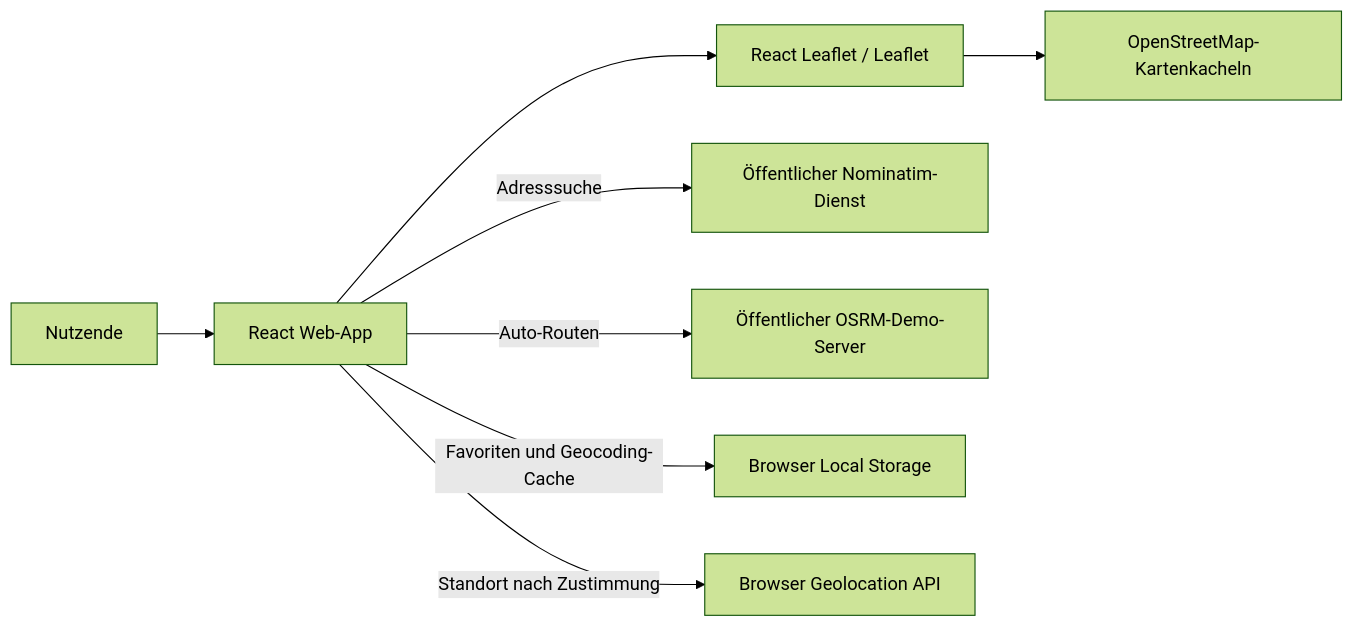
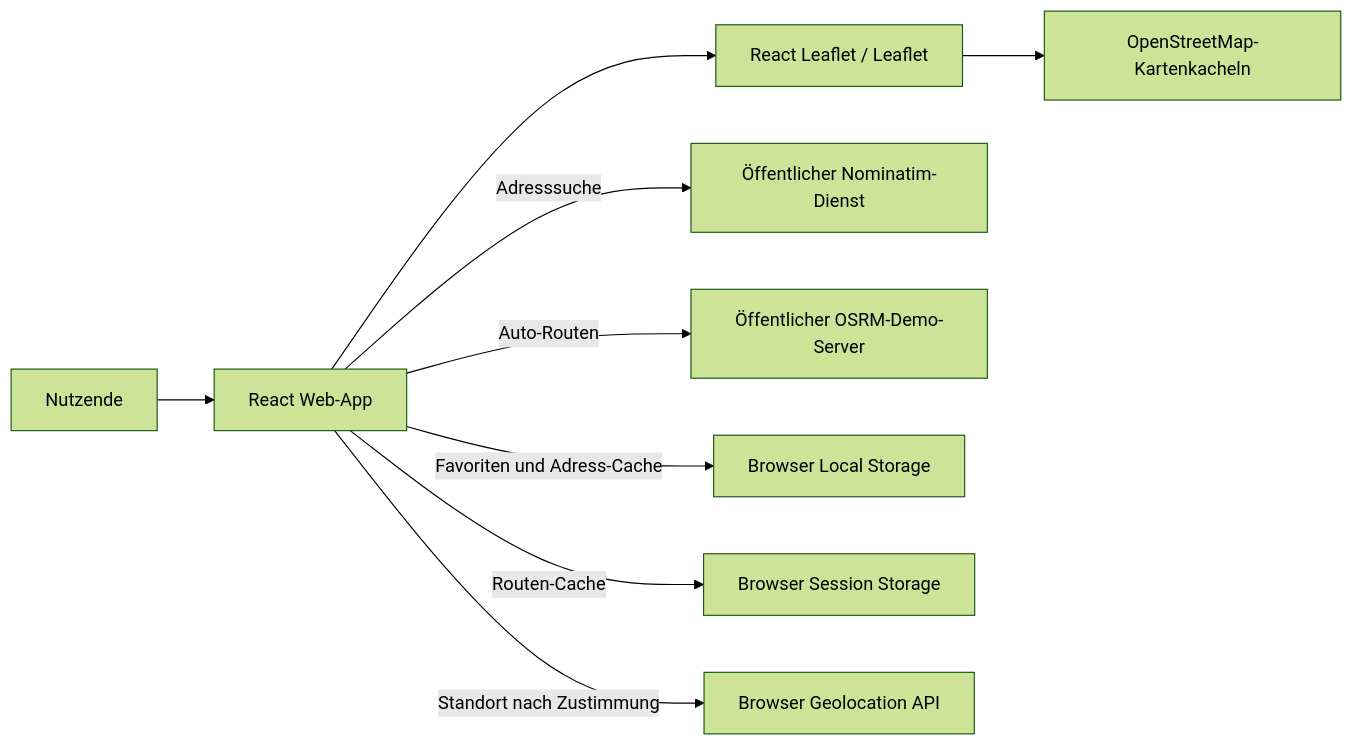
One commit to Kirito-1345/CivixX changed the diagram in KNOWLEDGE_MAP.md. Above: the diagram before and after it, drawn with Mermaid (forest theme). The commit also changed other lines of this file, not shown here.

````diff
--- a/KNOWLEDGE_MAP.md
+++ b/KNOWLEDGE_MAP.md
@@ -9,10 +9,11 @@
 ```mermaid
 flowchart LR
   User[Nutzende] --> Web[React Web-App]
   Web --> Leaflet[React Leaflet / Leaflet]
   Leaflet --> Tiles[OpenStreetMap-Kartenkacheln]
   Web -->|Adresssuche| Nominatim[Öffentlicher Nominatim-Dienst]
   Web -->|Auto-Routen| OSRM[Öffentlicher OSRM-Demo-Server]
-  Web -->|Favoriten und Geocoding-Cache| LS[Browser Local Storage]
+  Web -->|Favoriten und Adress-Cache| LS[Browser Local Storage]
+  Web -->|Routen-Cache| SS[Browser Session Storage]
   Web -->|Standort nach Zustimmung| Geo[Browser Geolocation API]
 ```
````
